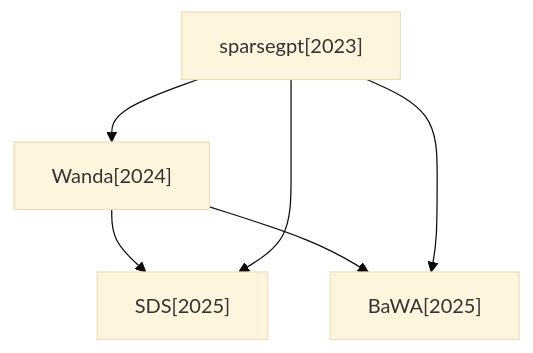
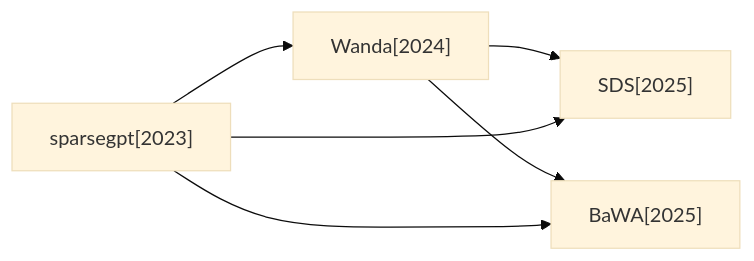
Before and after one commit to hustzxd/EfficientPaper: the second of 4 diagrams in docs/baseline_methods_graph.md, drawn with Mermaid (base theme). The commit also changed other lines of this file and 29 other files, not shown here.

````diff
--- a/docs/baseline_methods_graph.md
+++ b/docs/baseline_methods_graph.md
@@ -29,12 +29,12 @@
 ```mermaid
-flowchart TD
-    2025_SDS["SDS[2025]"]
+flowchart LR
     2024_Wanda["Wanda[2024]"]
     2023_sparsegpt["sparsegpt[2023]"]
+    2025_SDS["SDS[2025]"]
     2025_BaWA["BaWA[2025]"]
     2024_Wanda --> 2025_SDS
     2024_Wanda --> 2025_BaWA
     2023_sparsegpt --> 2025_SDS
     2023_sparsegpt --> 2025_BaWA
     2023_sparsegpt --> 2024_Wanda
 ```
````
